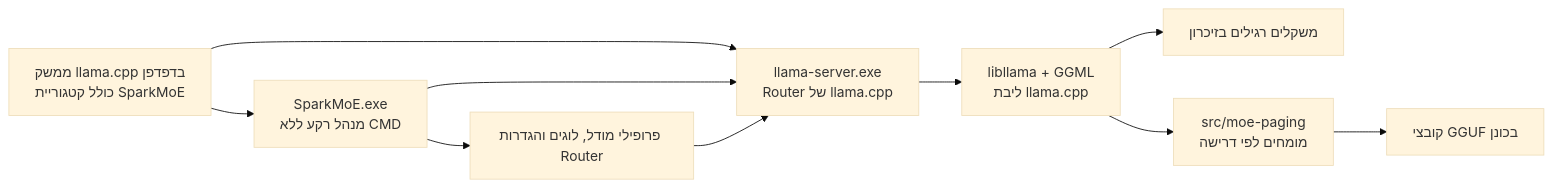
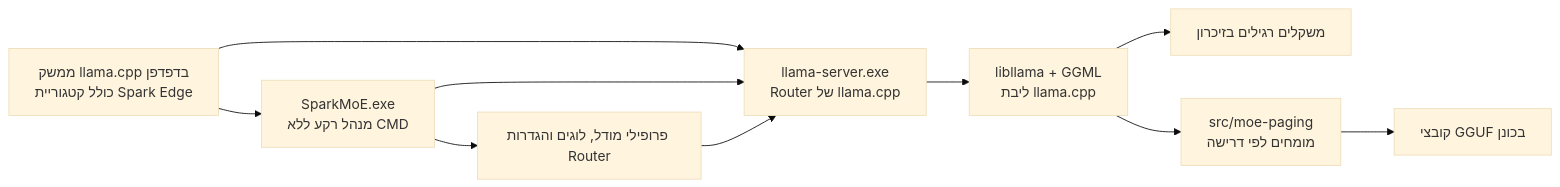
One commit to menachem-dadon/Spark-Edge changed the diagram in docs/PROJECT_MAP.md. Above: the diagram before and after it, drawn with Mermaid (base theme). The commit also changed other lines of this file and 51 other files, not shown here.

Commit message:
Rebrand SparkMoE as Spark Edge

````diff
--- a/docs/PROJECT_MAP.md
+++ b/docs/PROJECT_MAP.md
@@ -27,12 +27,12 @@
 ```mermaid
 flowchart LR
     A["SparkMoE.exe<br/>מנהל רקע ללא CMD"] --> B["llama-server.exe<br/>Router של llama.cpp"]
-    C["ממשק llama.cpp בדפדפן<br/>כולל קטגוריית SparkMoE"] --> B
+    C["ממשק llama.cpp בדפדפן<br/>כולל קטגוריית Spark Edge"] --> B
     C --> A
     A --> D["פרופילי מודל, לוגים והגדרות Router"]
     D --> B
     B --> E["libllama + GGML<br/>ליבת llama.cpp"]
     E --> F["משקלים רגילים בזיכרון"]
     E --> G["src/moe-paging<br/>מומחים לפי דרישה"]
     G --> H["קובצי GGUF בכונן"]
 ```
````
